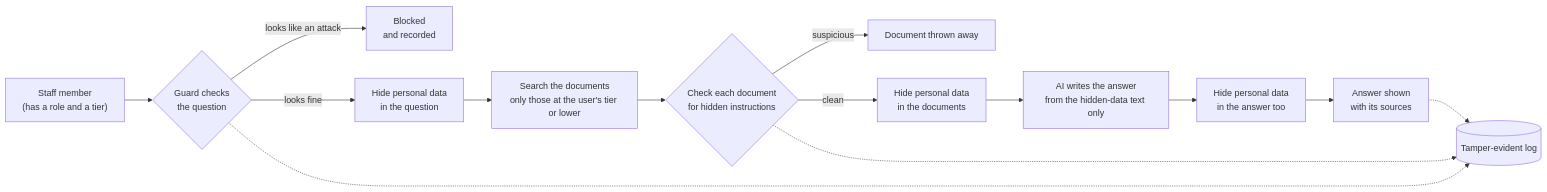
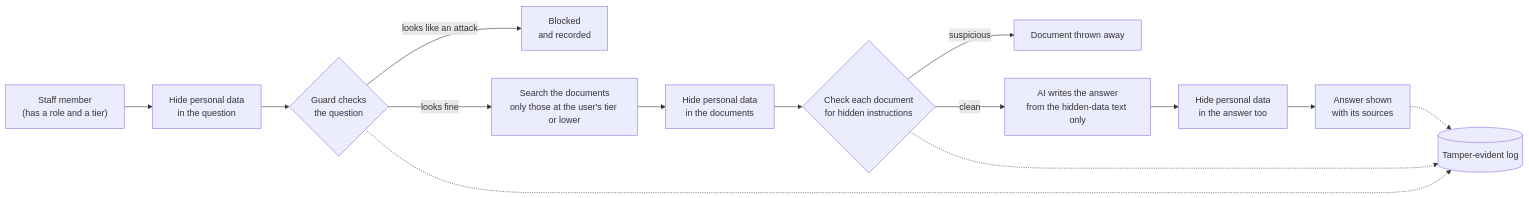
One commit to Abhinav-Deuri/bank-rag-guard changed the diagram in README.md. Above: the diagram before and after it, drawn with Mermaid. The commit also changed other lines of this file and 64 other files, not shown here.

````diff
--- a/README.md
+++ b/README.md
@@ -66,16 +67,16 @@
 ```mermaid
 flowchart LR
-    U["Staff member<br/>(has a role and a tier)"] --> G{"Guard checks<br/>the question"}
+    U["Staff member<br/>(has a role and a tier)"] --> M1["Hide personal data<br/>in the question"]
+    M1 --> G{"Guard checks<br/>the question"}
     G -- "looks like an attack" --> B["Blocked<br/>and recorded"]
-    G -- "looks fine" --> M1["Hide personal data<br/>in the question"]
-    M1 --> S["Search the documents<br/>only those at the user's tier or lower"]
-    S --> P{"Check each document<br/>for hidden instructions"}
+    G -- "looks fine" --> S["Search the documents<br/>only those at the user's tier or lower"]
+    S --> M2["Hide personal data<br/>in the documents"]
+    M2 --> P{"Check each document<br/>for hidden instructions"}
     P -- "suspicious" --> D["Document thrown away"]
-    P -- "clean" --> M2["Hide personal data<br/>in the documents"]
-    M2 --> L["AI writes the answer<br/>from the hidden-data text only"]
+    P -- "clean" --> L["AI writes the answer<br/>from the hidden-data text only"]
     L --> M3["Hide personal data<br/>in the answer too"]
     M3 --> A["Answer shown<br/>with its sources"]
     G -.-> LOG[("Tamper-evident log")]
     P -.-> LOG
     A -.-> LOG
 ```
````
